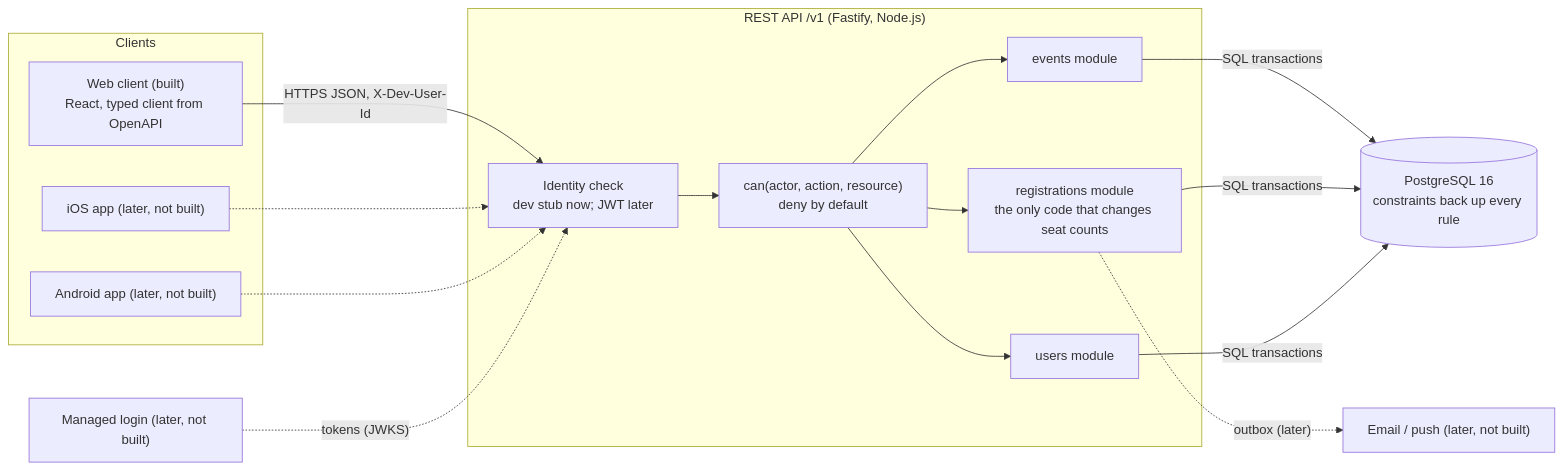
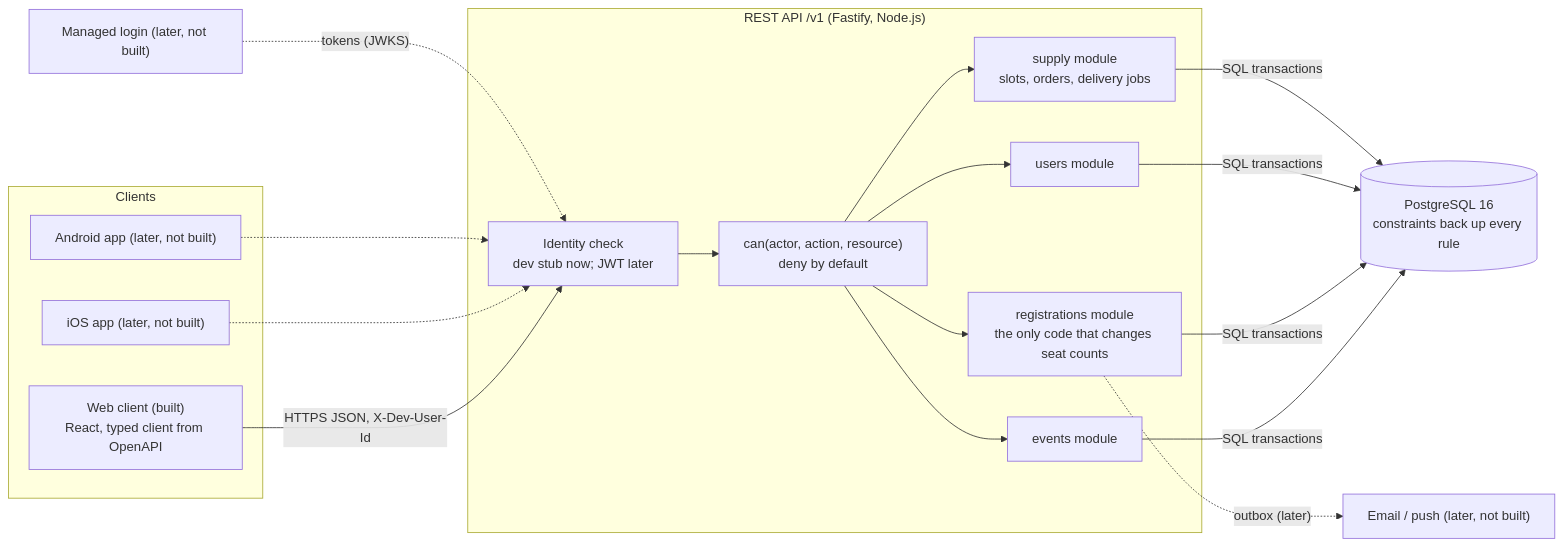
Before and after one commit to trendy0413/community-events: the first of 3 diagrams in docs/ARCHITECTURE.md, drawn with Mermaid. The commit also changed other lines of this file and 3 other files, not shown here.

First line of the commit message:
docs: describe the supply flow in the README, architecture and guides

````diff
--- a/docs/ARCHITECTURE.md
+++ b/docs/ARCHITECTURE.md
@@ -9,27 +9,28 @@
 ```mermaid
 flowchart LR
   subgraph Clients
     web["Web client (built)<br/>React, typed client from OpenAPI"]
     ios["iOS app (later, not built)"]
     android["Android app (later, not built)"]
   end
   subgraph API["REST API /v1 (Fastify, Node.js)"]
     identity["Identity check<br/>dev stub now; JWT later"]
     policy["can(actor, action, resource)<br/>deny by default"]
     events["events module"]
     registrations["registrations module<br/>the only code that changes seat counts"]
     users["users module"]
+    supply["supply module<br/>slots, orders, delivery jobs"]
   end
   db[("PostgreSQL 16<br/>constraints back up every rule")]
   login["Managed login (later, not built)"]
   notify["Email / push (later, not built)"]
 
   web -- "HTTPS JSON, X-Dev-User-Id" --> identity
   ios -.-> identity
   android -.-> identity
   identity --> policy
-  policy --> events & registrations & users
-  events & registrations & users -- "SQL transactions" --> db
+  policy --> events & registrations & users & supply
+  events & registrations & users & supply -- "SQL transactions" --> db
   login -. "tokens (JWKS)" .-> identity
   registrations -. "outbox (later)" .-> notify
 ```
````
